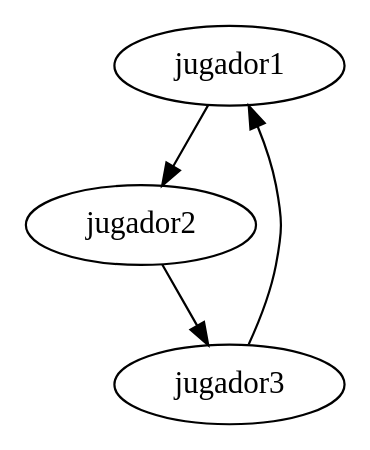
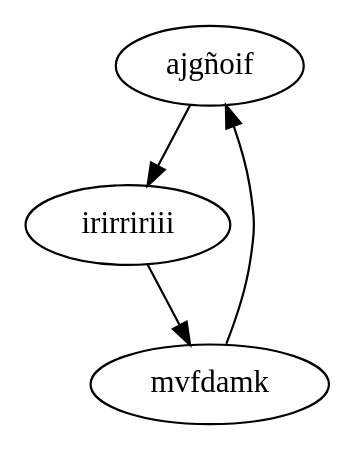
One commit to Mynor16/Practica1s12017_201213197 changed the diagram in src/PLCircular/GraficaListaCircular.dot. Above: the diagram before and after it, drawn with Graphviz. The commit also changed 15 other files, not shown here.

```diff
--- a/src/PLCircular/GraficaListaCircular.dot
+++ b/src/PLCircular/GraficaListaCircular.dot
@@ -1,8 +1,8 @@
 digraph G 
- {jugador1;
-jugador2;
-jugador3;
-jugador1->jugador2;
-jugador2->jugador3;
-jugador3->jugador1;
+ {ajgñoif;
+irirririii;
+mvfdamk;
+ajgñoif->irirririii;
+irirririii->mvfdamk;
+mvfdamk->ajgñoif;
 }
```
